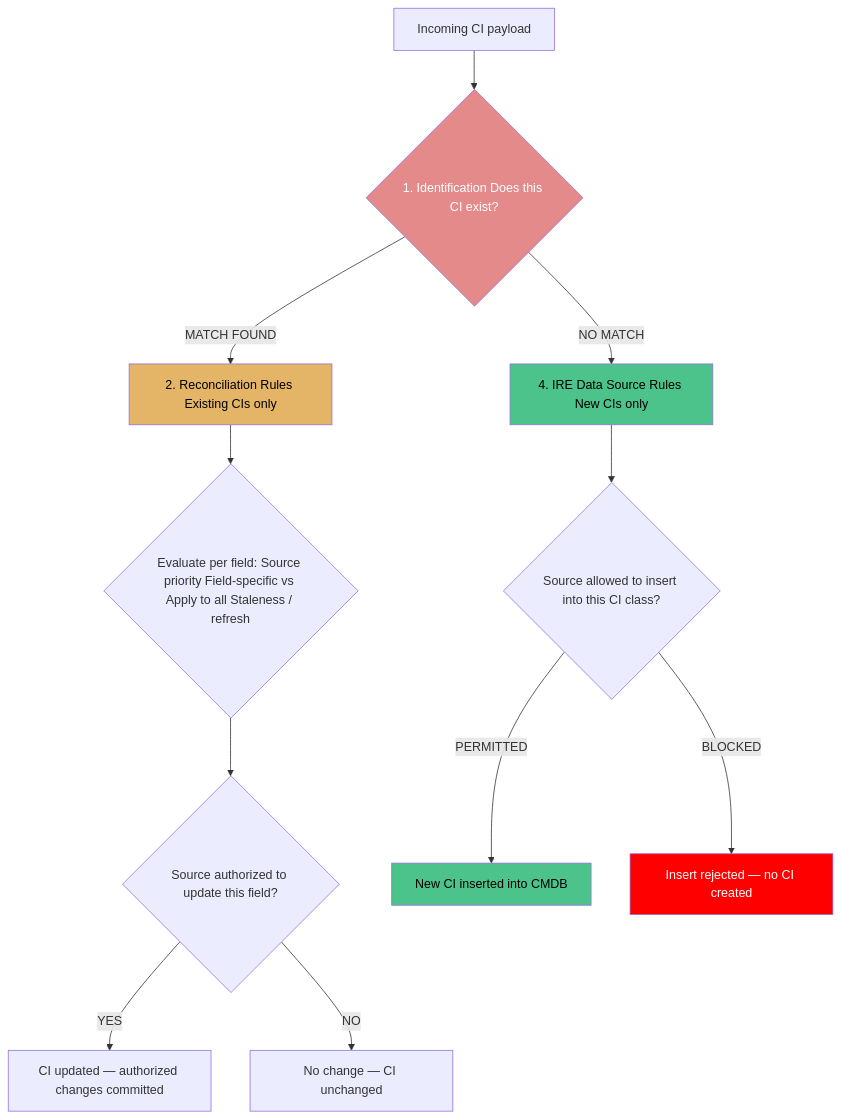
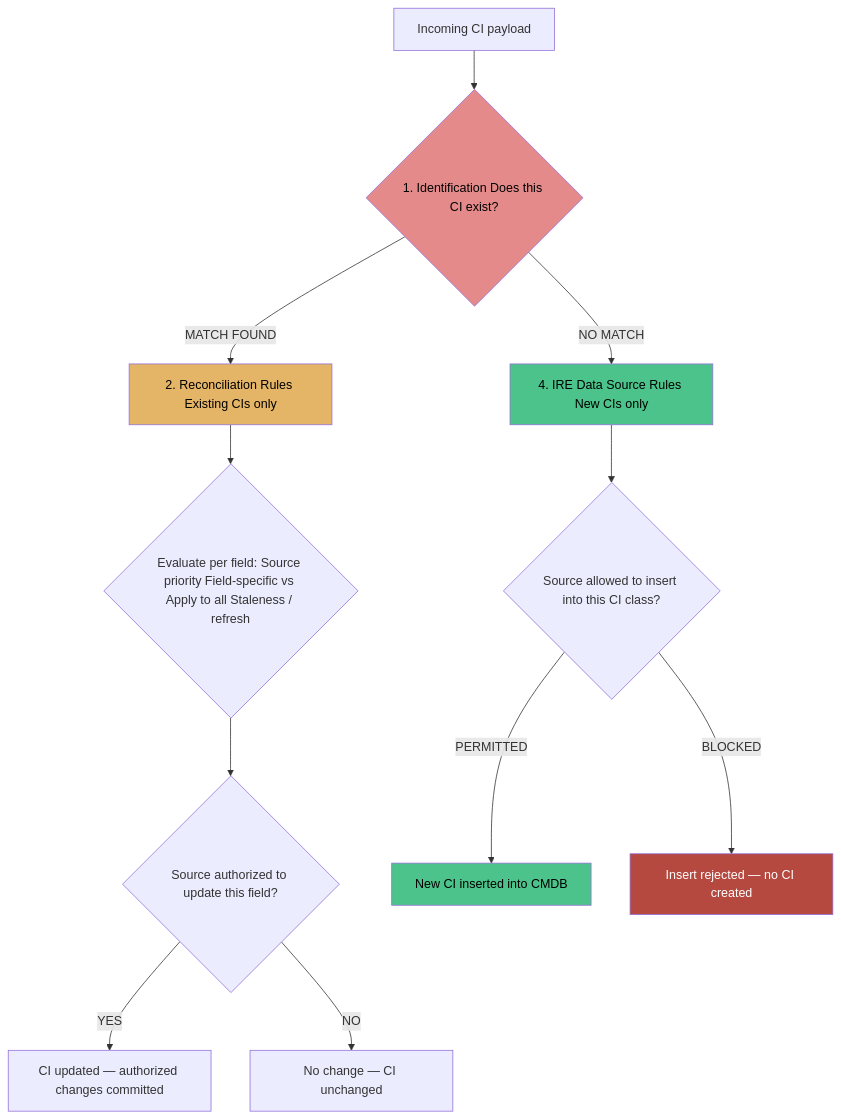
Diagram 11 of 20 in docs/modules/cmdb/cmdb-guide.md (eltonaguiar/ServiceNow_Learning_TSOM-_CSM_FSM_SalesCRM_HAM_ITSM), drawn with Mermaid before and after one commit. The commit also changed other lines of this file and 1 other file, not shown here.

Commit message:
docs(cmdb,discovery): merge IRE rule applicability (insert/update truth table, dynamic rules, inclusion rules, key fields, system properties) + fix mermaid accuracy (fences, <br/>, parens) and accessibility (contrast, remove harsh red)

````diff
--- a/docs/modules/cmdb/cmdb-guide.md
+++ b/docs/modules/cmdb/cmdb-guide.md
@@ -1132,18 +1142,19 @@
 ```mermaid
 flowchart TD
     IN[Incoming CI payload] --> IDR{1. Identification Does this CI exist?}
     IDR -->|MATCH FOUND| REC[2. Reconciliation Rules Existing CIs only]
     IDR -->|NO MATCH| DS[4. IRE Data Source Rules New CIs only]
     REC --> RECON_EVAL{Evaluate per field: Source priority Field-specific vs Apply to all Staleness / refresh}
     RECON_EVAL --> AUTHORIZED{Source authorized to update this field?}
     AUTHORIZED -->|YES| UPDATE[CI updated — authorized changes committed]
     AUTHORIZED -->|NO| NOCHANGE[No change — CI unchanged]
     DS --> DS_CHECK{Source allowed to insert into this CI class?}
     DS_CHECK -->|PERMITTED| NEWCI[New CI inserted into CMDB]
     DS_CHECK -->|BLOCKED| REJECT[Insert rejected — no CI created]
-    style IDR fill:#e58a8a,color:#fff
+    style IDR fill:#e58a8a,color:#000
     style REC fill:#e5b567,color:#000
     style DS fill:#4cc38a,color:#000
     style NEWCI fill:#4cc38a,color:#000
-    style REJECT fill:#ff0000,color:#fff
+    style REJECT fill:#b5483f,color:#fff
+
 ```
````
